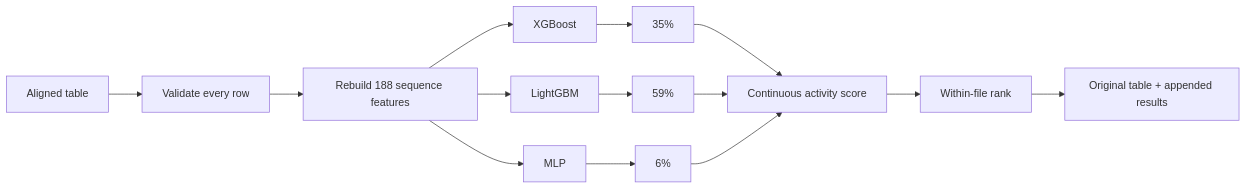
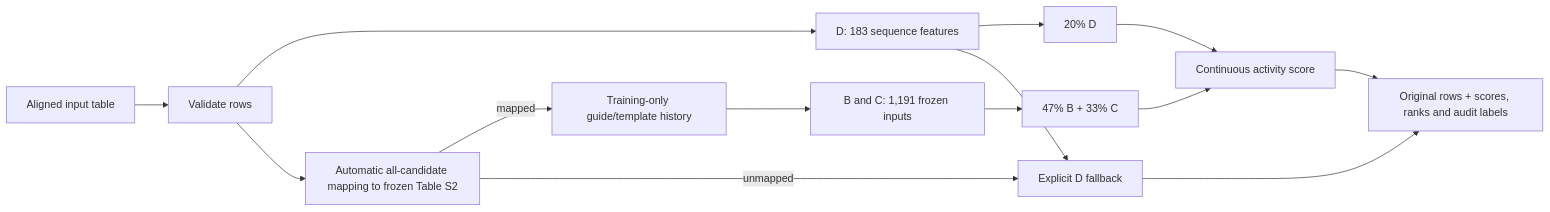
One commit to ZebraL415/Cas12a-Activity-Ranker changed the diagram in README.md. Above: the diagram before and after it, drawn with Mermaid. The commit also changed other lines of this file and 68 other files, not shown here.

````diff
--- a/README.md
+++ b/README.md
@@ -79,16 +76,16 @@
 ```mermaid
 flowchart LR
-    A["Aligned table"] --> B["Validate every row"]
-    B --> C["Rebuild 188 sequence features"]
-    C --> D1["XGBoost"]
-    C --> D2["LightGBM"]
-    C --> D3["MLP"]
-    D1 --> E["35%"]
-    D2 --> E2["59%"]
-    D3 --> E3["6%"]
-    E --> F["Continuous activity score"]
-    E2 --> F
-    E3 --> F
-    F --> G["Within-file rank"]
-    G --> H["Original table + appended results"]
+    A["Aligned input table"] --> B["Validate rows"]
+    B --> D["D: 183 sequence features"]
+    B --> M["Automatic all-candidate mapping to frozen Table S2"]
+    M -->|"mapped"| H["Training-only guide/template history"]
+    H --> BC["B and C: 1,191 frozen inputs"]
+    D --> F["20% D"]
+    BC --> G["47% B + 33% C"]
+    F --> S["Continuous activity score"]
+    G --> S
+    M -->|"unmapped"| R["Explicit D fallback"]
+    D --> R
+    S --> O["Original rows + scores, ranks and audit labels"]
+    R --> O
 ```
````
